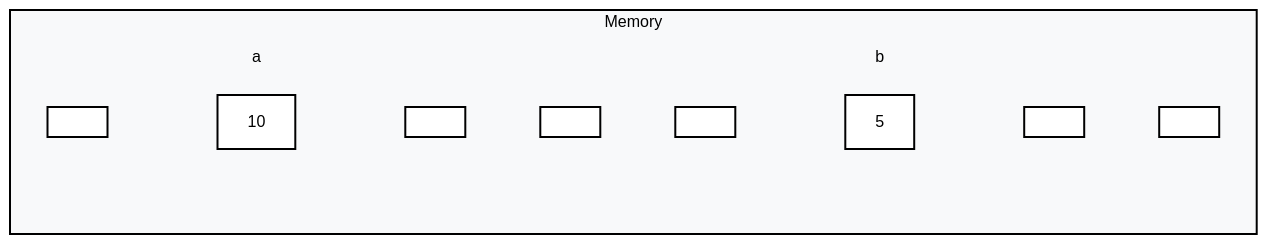
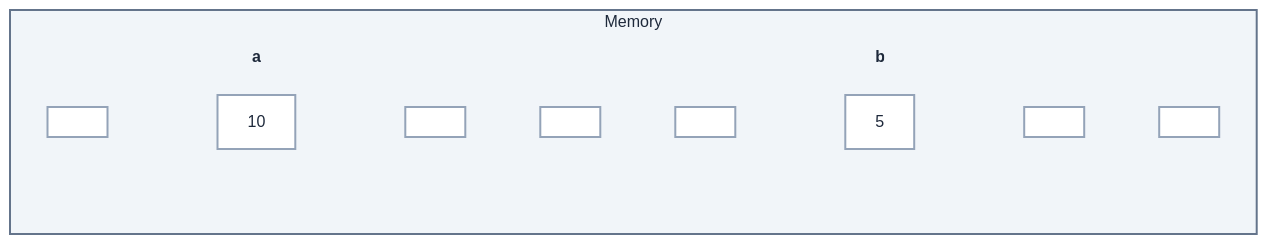
One commit to shainsethi/dsa-java changed the first of 4 diagrams in Variables/VARIABLES.md. Above: the diagram before and after it, drawn with Mermaid. The commit also changed other lines of this file, not shown here.

````diff
--- a/Variables/VARIABLES.md
+++ b/Variables/VARIABLES.md
@@ -87,45 +87,45 @@
 ```mermaid
 flowchart LR
     subgraph Memory["Memory"]
         direction LR
         
         %% Nodes representing memory blocks
         
         N1[" "] 
         
         subgraph a ["a"]
             direction TB
             V1["10"]
         end
         
         N2[" "]
         N3[" "]
         N4[" "]
         
         subgraph b ["b"]
             direction TB
             V2["5"]
         end
         
         N5[" "]
         N6[" "]
 
         %% Invisible links to enforce horizontal ordering
         N1 ~~~ a ~~~ N2 ~~~ N3 ~~~ N4 ~~~ b ~~~ N5 ~~~ N6
     end
 
-    %% Styles - PURE BLACK HIGH CONTRAST
+    %% Styles - PREMIUM SLATE THEME
     
     %% Container Style
-    style Memory fill:#f8f9fa,stroke:#000000,stroke-width:2px,color:#000000
+    style Memory fill:#f1f5f9,stroke:#64748b,stroke-width:2px,color:#1e293b
 
-    %% Shared Block Style (Black outlines)
-    classDef memBlock fill:#ffffff,stroke:#000000,stroke-width:2px,color:#000000;
+    %% Shared Block Style (Slate outlines)
+    classDef memBlock fill:#ffffff,stroke:#94a3b8,stroke-width:2px,color:#1e293b;
     
     %% Apply to all nodes
     class N1,N2,N3,N4,N5,N6,V1,V2 memBlock;
 
-    %% Label Style (Black Text)
-    style a fill:transparent,stroke:none,color:#000000
-    style b fill:transparent,stroke:none,color:#000000
+    %% Label Style (Dark Slate Text)
+    style a fill:transparent,stroke:none,color:#1e293b,font-weight:bold
+    style b fill:transparent,stroke:none,color:#1e293b,font-weight:bold
 ```
````
